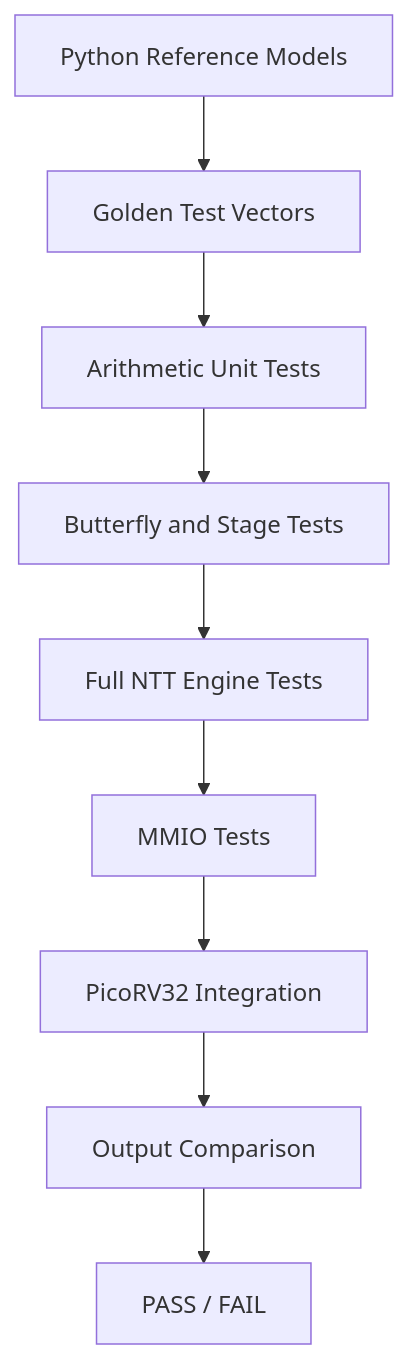
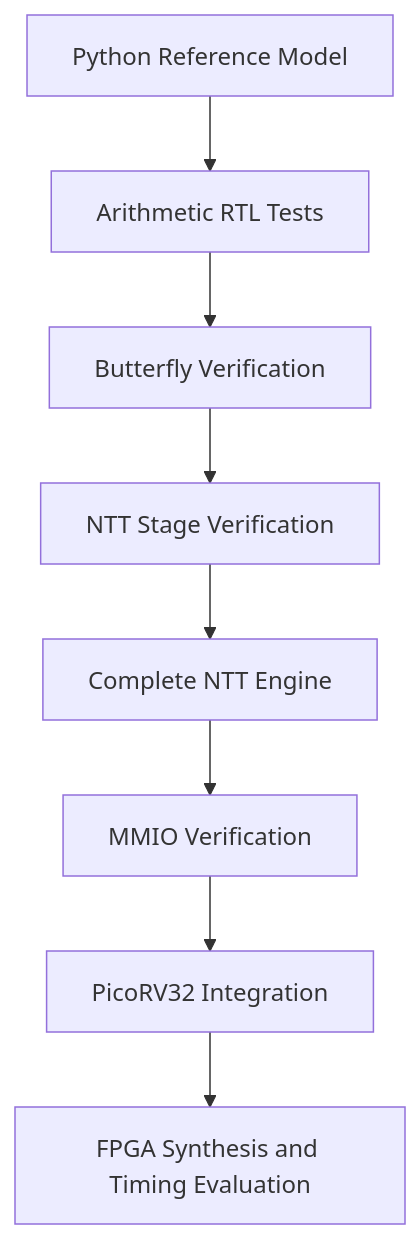
One commit to Harshima-Joshi15/riscv-ntt-accelerator changed the fourth of 4 diagrams in README.md. Above: the diagram before and after it, drawn with Mermaid. The commit also changed other lines of this file, not shown here.

````diff
--- a/README.md
+++ b/README.md
@@ -216,21 +185,10 @@
 ```mermaid
 flowchart TD
-    A["Python Reference Models"]
-    B["Golden Test Vectors"]
-    C["Arithmetic Unit Tests"]
-    D["Butterfly and Stage Tests"]
-    E["Full NTT Engine Tests"]
-    F["MMIO Tests"]
-    G["PicoRV32 Integration"]
-    H["Output Comparison"]
-    I["PASS / FAIL"]
-
-    A --> B
-    B --> C
-    C --> D
-    D --> E
-    E --> F
-    F --> G
-    G --> H
-    H --> I
+    A["Python Reference Model"] --> B["Arithmetic RTL Tests"]
+    B --> C["Butterfly Verification"]
+    C --> D["NTT Stage Verification"]
+    D --> E["Complete NTT Engine"]
+    E --> F["MMIO Verification"]
+    F --> G["PicoRV32 Integration"]
+    G --> H["FPGA Synthesis and Timing Evaluation"]
 ```
````
